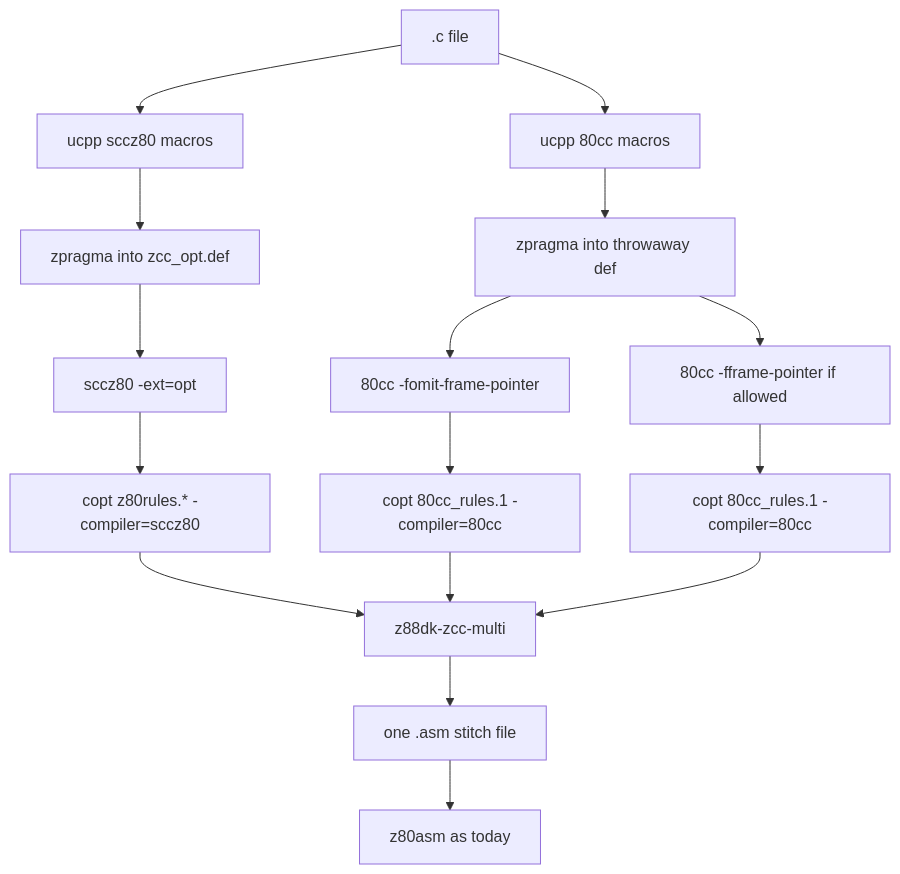
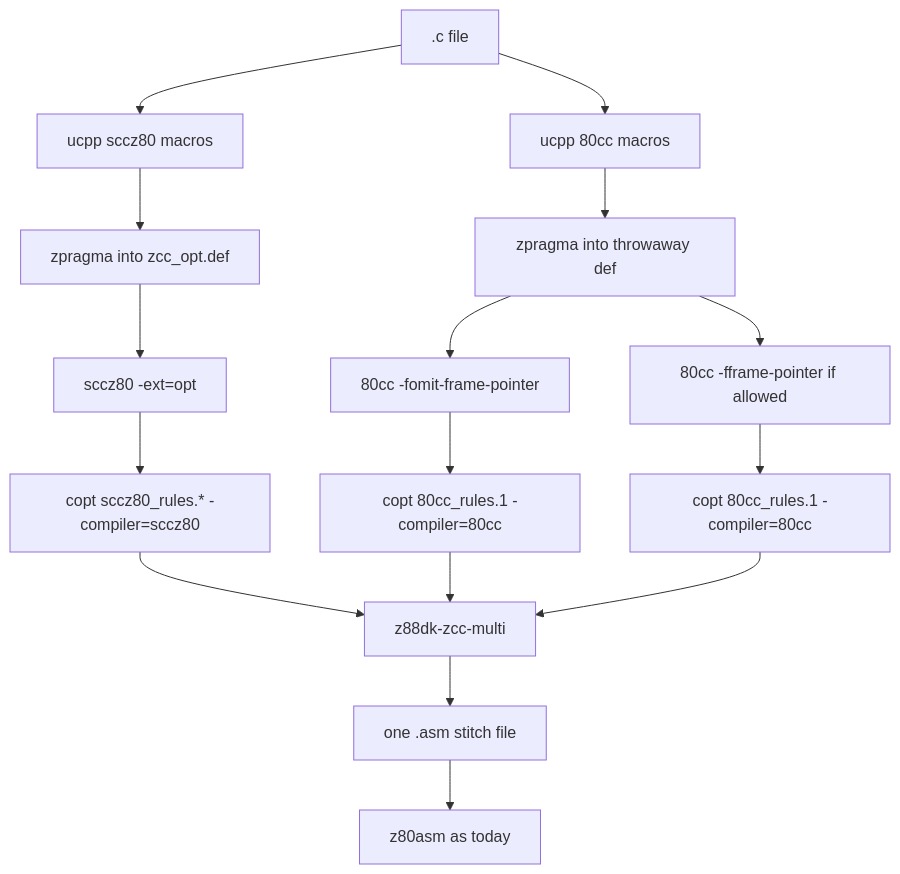
One commit to z88dk/z88dk changed the diagram in src/zcc-multi/zcc-compiler-multi.md. Above: the diagram before and after it, drawn with Mermaid. The commit also changed other lines of this file and 29 other files, not shown here.

Commit message:
sccz80 - name each copt rules file for the job it does

````diff
--- a/src/zcc-multi/zcc-compiler-multi.md
+++ b/src/zcc-multi/zcc-compiler-multi.md
@@ -404,18 +404,18 @@
 ```mermaid
 flowchart TD
     C[".c file"] --> U1["ucpp sccz80 macros"]
     C --> U2["ucpp 80cc macros"]
     U1 --> Z1["zpragma into zcc_opt.def"]
     U2 --> Z2["zpragma into throwaway def"]
     Z1 --> S["sccz80 -ext=opt"]
     Z2 --> P["80cc -fomit-frame-pointer"]
     Z2 --> F["80cc -fframe-pointer if allowed"]
-    S --> CS["copt z80rules.* -compiler=sccz80"]
+    S --> CS["copt sccz80_rules.* -compiler=sccz80"]
     P --> CP["copt 80cc_rules.1 -compiler=80cc"]
     F --> CF["copt 80cc_rules.1 -compiler=80cc"]
     CS --> M["z88dk-zcc-multi"]
     CP --> M
     CF --> M
     M --> A["one .asm stitch file"]
     A --> ASM["z80asm as today"]
 ```
````
